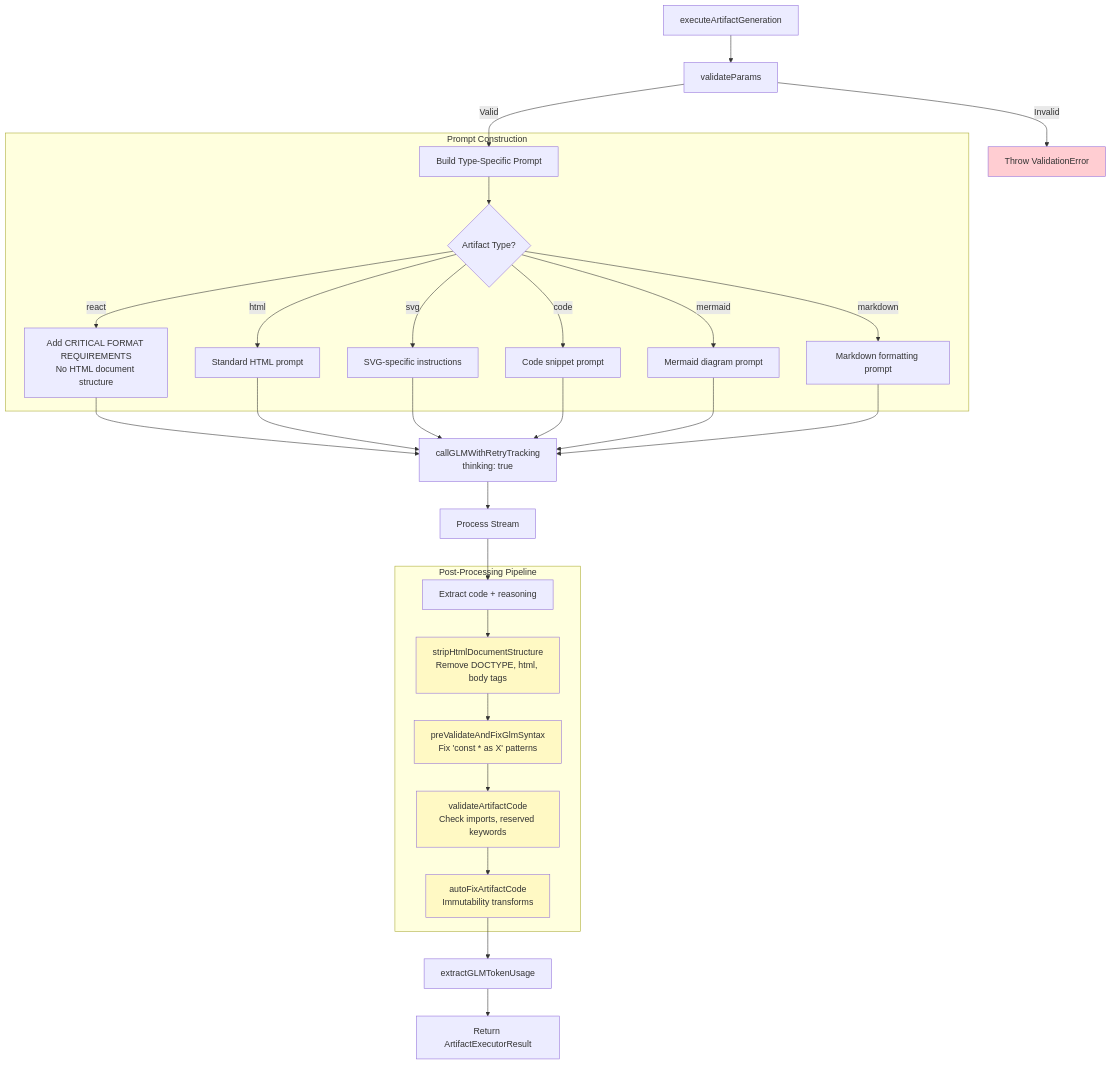
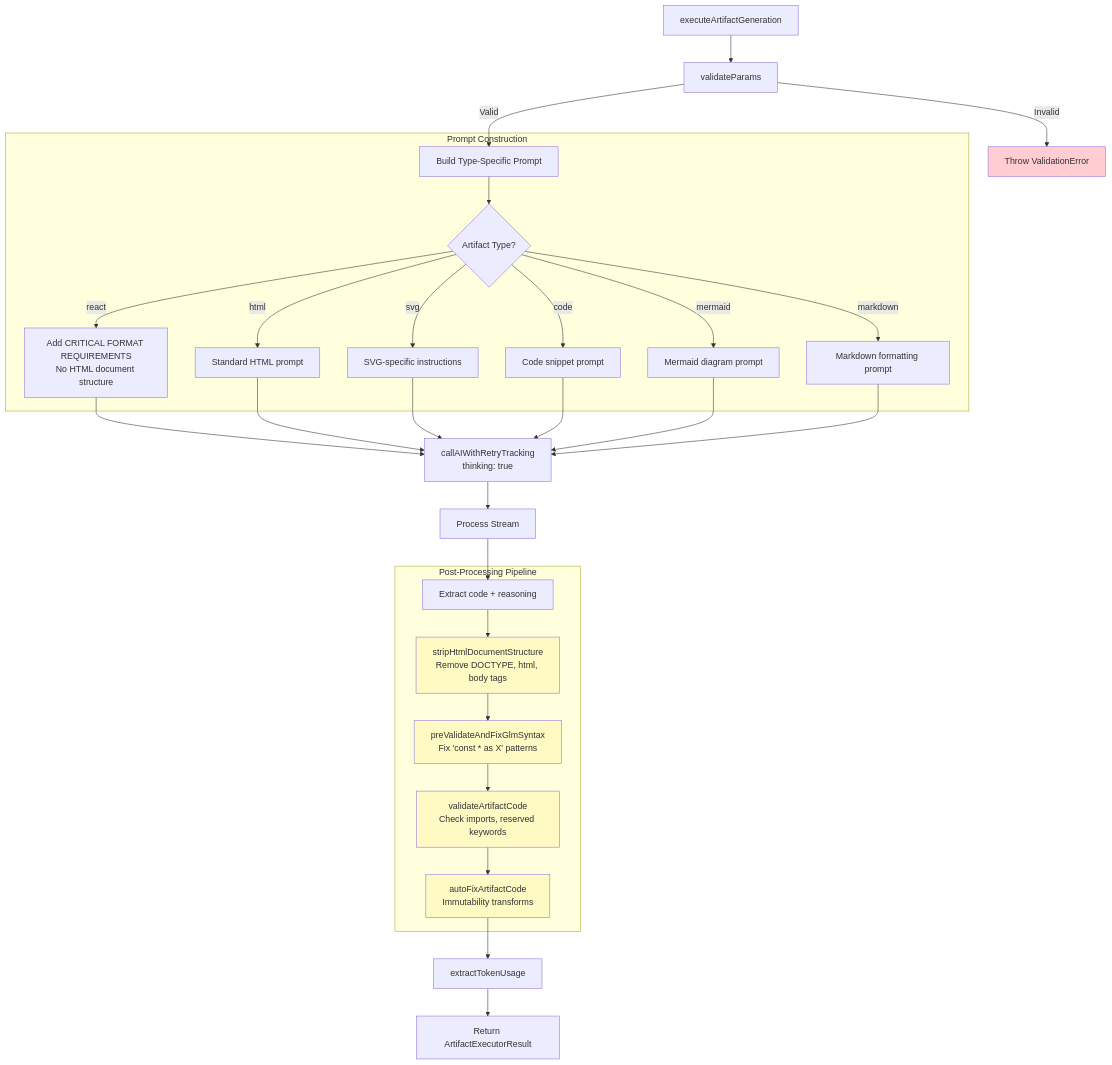
The third of 11 diagrams in docs/TOOL_SYSTEM_DEEP_DIVE.md (NickB03/vana), drawn with Mermaid before and after one commit. The commit also changed other lines of this file and 44 other files, not shown here.

````diff
--- a/docs/TOOL_SYSTEM_DEEP_DIVE.md
+++ b/docs/TOOL_SYSTEM_DEEP_DIVE.md
@@ -84,44 +84,44 @@
 ```mermaid
 flowchart TB
     START[executeArtifactGeneration] --> VALIDATE[validateParams]
 
     VALIDATE -->|Invalid| FAIL1[Throw ValidationError]
     VALIDATE -->|Valid| PROMPT[Build Type-Specific Prompt]
 
     subgraph "Prompt Construction"
         PROMPT --> PTYPE{Artifact Type?}
         PTYPE -->|react| REACT_P["Add CRITICAL FORMAT REQUIREMENTS<br/>No HTML document structure"]
         PTYPE -->|html| HTML_P["Standard HTML prompt"]
         PTYPE -->|svg| SVG_P["SVG-specific instructions"]
         PTYPE -->|code| CODE_P["Code snippet prompt"]
         PTYPE -->|mermaid| MERM_P["Mermaid diagram prompt"]
         PTYPE -->|markdown| MD_P["Markdown formatting prompt"]
     end
 
-    REACT_P --> CALL_GLM
-    HTML_P --> CALL_GLM
-    SVG_P --> CALL_GLM
-    CODE_P --> CALL_GLM
-    MERM_P --> CALL_GLM
-    MD_P --> CALL_GLM
+    REACT_P --> CALL_AI
+    HTML_P --> CALL_AI
+    SVG_P --> CALL_AI
+    CODE_P --> CALL_AI
+    MERM_P --> CALL_AI
+    MD_P --> CALL_AI
 
-    CALL_GLM[callGLMWithRetryTracking<br/>thinking: true] --> STREAM[Process Stream]
+    CALL_AI[callAIWithRetryTracking<br/>thinking: true] --> STREAM[Process Stream]
 
     STREAM --> EXTRACT[Extract code + reasoning]
 
     subgraph "Post-Processing Pipeline"
         EXTRACT --> STRIP[stripHtmlDocumentStructure<br/>Remove DOCTYPE, html, body tags]
         STRIP --> PREVALIDATE[preValidateAndFixGlmSyntax<br/>Fix 'const * as X' patterns]
         PREVALIDATE --> VALIDATE_CODE[validateArtifactCode<br/>Check imports, reserved keywords]
         VALIDATE_CODE --> AUTOFIX[autoFixArtifactCode<br/>Immutability transforms]
     end
 
-    AUTOFIX --> TOKENS[extractGLMTokenUsage]
+    AUTOFIX --> TOKENS[extractTokenUsage]
     TOKENS --> RESULT[Return ArtifactExecutorResult]
 
     style FAIL1 fill:#ffcdd2
     style STRIP fill:#fff9c4
     style PREVALIDATE fill:#fff9c4
     style VALIDATE_CODE fill:#fff9c4
     style AUTOFIX fill:#fff9c4
 ```
````
